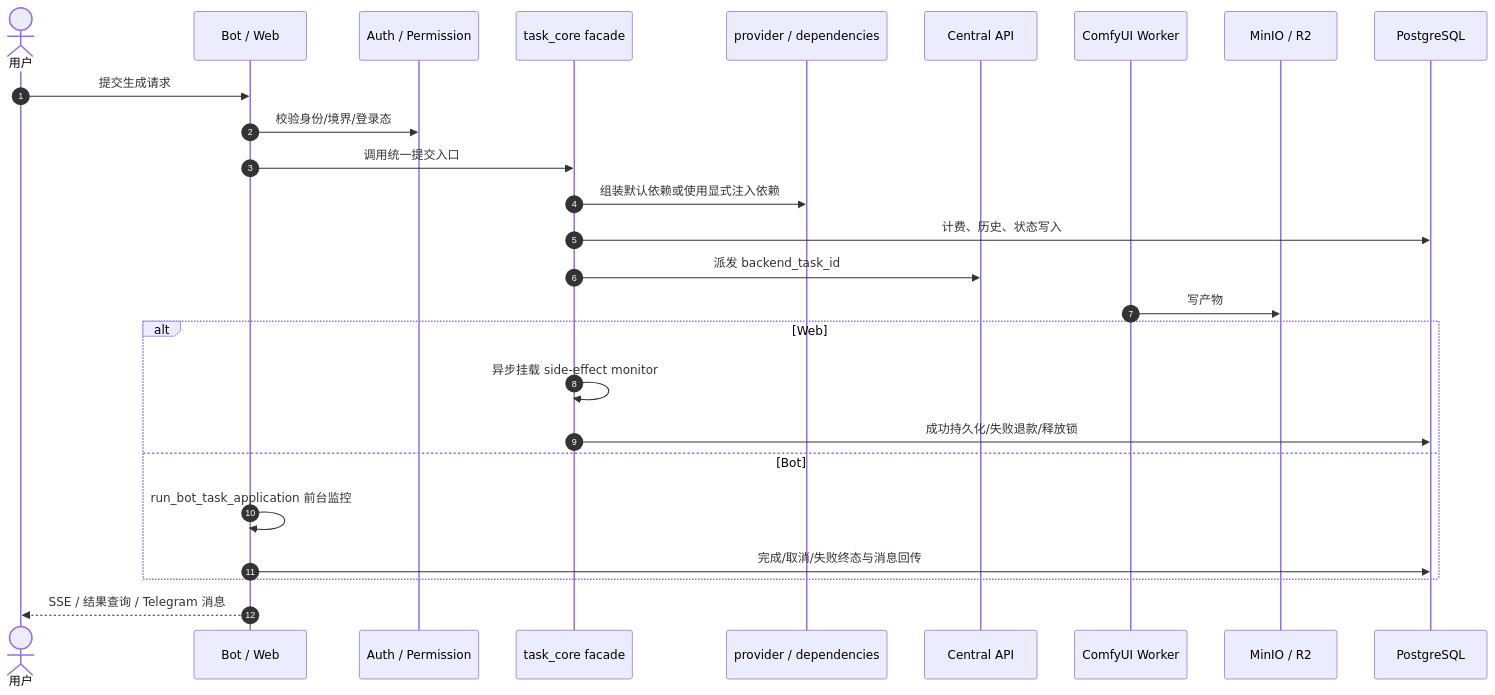
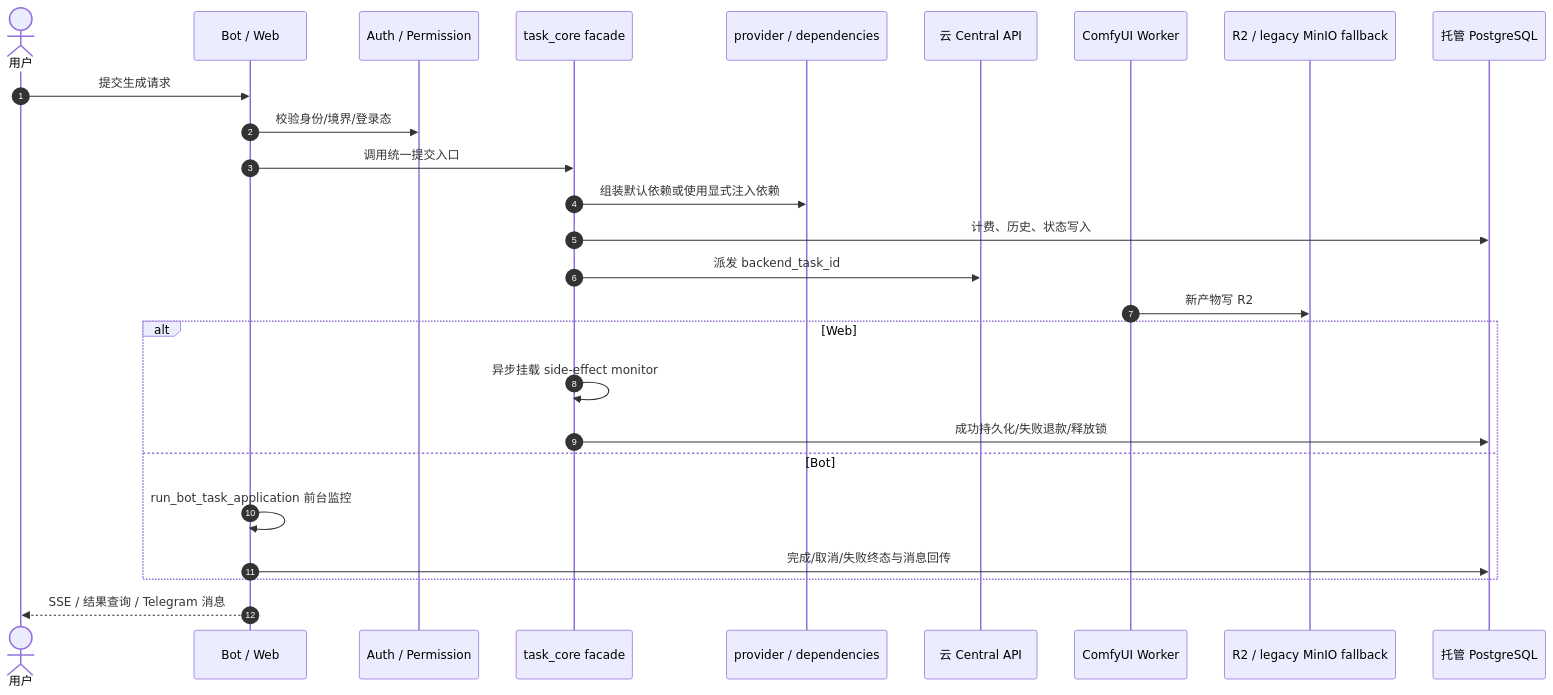
One commit to giraffu/All_bot changed the second of 2 diagrams in docs/system_architecture_report.md. Above: the diagram before and after it, drawn with Mermaid. The commit also changed other lines of this file and 39 other files, not shown here.

````diff
--- a/docs/system_architecture_report.md
+++ b/docs/system_architecture_report.md
@@ -117,29 +123,29 @@
 ```mermaid
 sequenceDiagram
     autonumber
     actor U as 用户
     participant Entry as Bot / Web
     participant Auth as Auth / Permission
     participant Facade as task_core facade
     participant Deps as provider / dependencies
-    participant Central as Central API
+    participant Central as 云 Central API
     participant Worker as ComfyUI Worker
-    participant Store as MinIO / R2
-    participant PG as PostgreSQL
+    participant Store as R2 / legacy MinIO fallback
+    participant PG as 托管 PostgreSQL
 
     U->>Entry: 提交生成请求
     Entry->>Auth: 校验身份/境界/登录态
     Entry->>Facade: 调用统一提交入口
     Facade->>Deps: 组装默认依赖或使用显式注入依赖
     Facade->>PG: 计费、历史、状态写入
     Facade->>Central: 派发 backend_task_id
-    Worker->>Store: 写产物
+    Worker->>Store: 新产物写 R2
     alt Web
         Facade->>Facade: 异步挂载 side-effect monitor
         Facade->>PG: 成功持久化/失败退款/释放锁
     else Bot
         Entry->>Entry: run_bot_task_application 前台监控
         Entry->>PG: 完成/取消/失败终态与消息回传
     end
     Entry-->>U: SSE / 结果查询 / Telegram 消息
 ```
````
